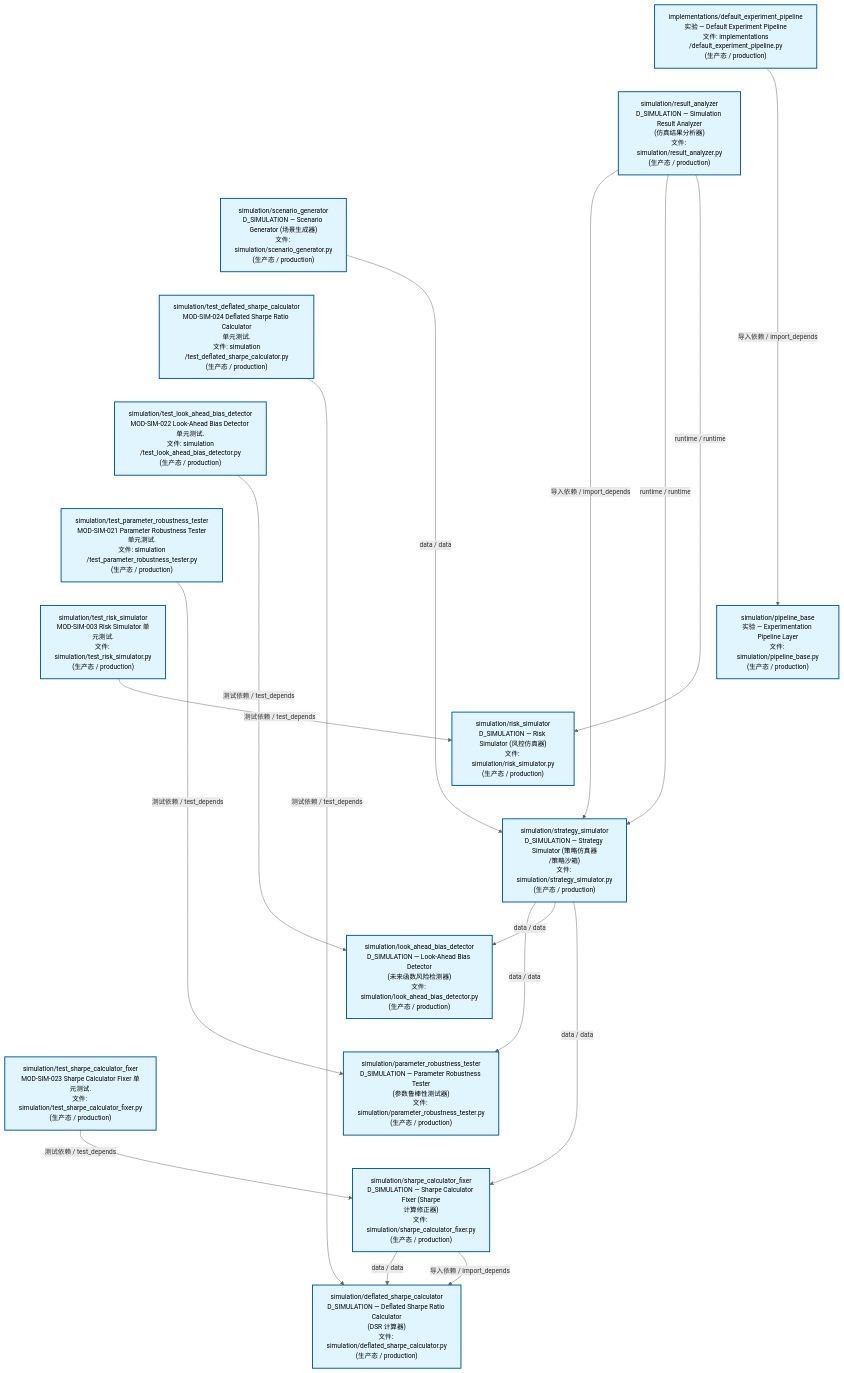
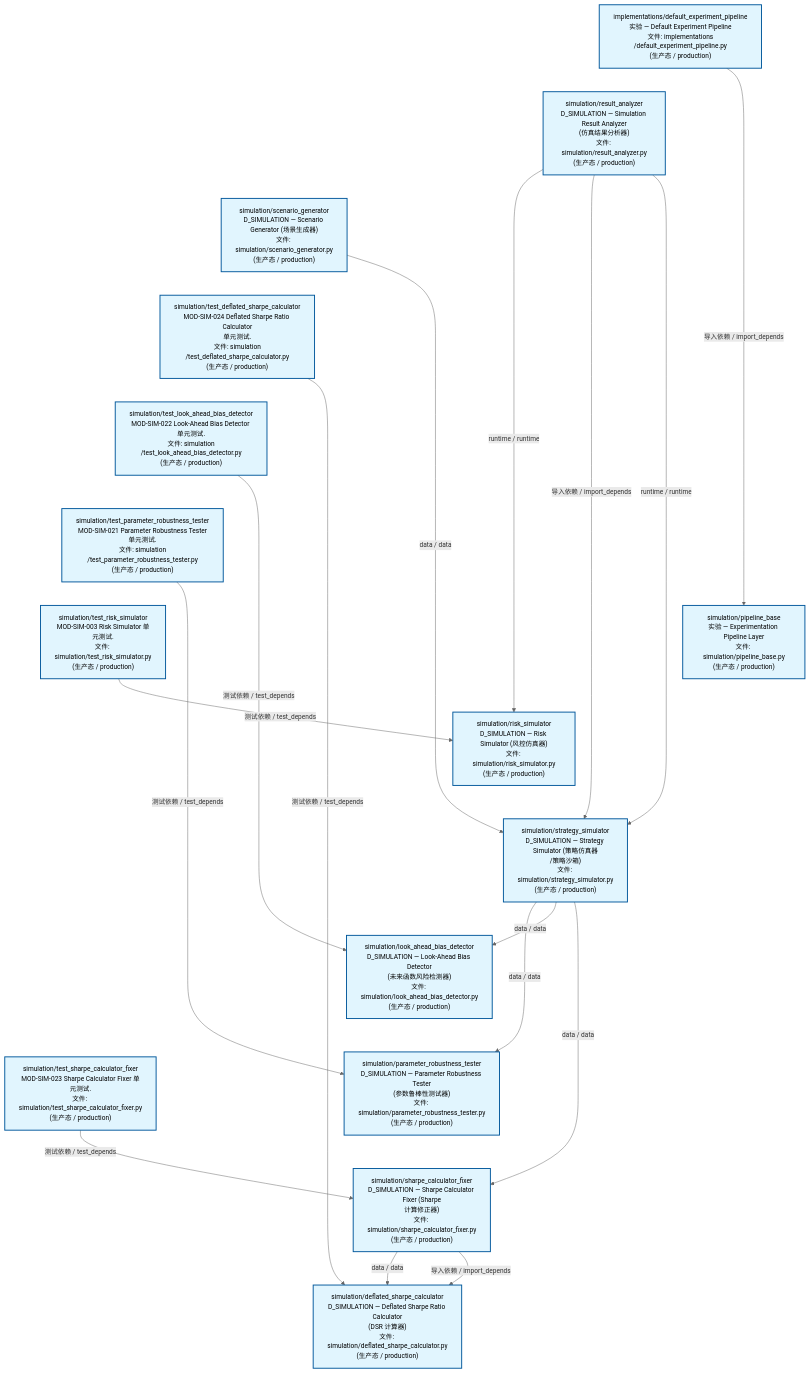
The second of 3 diagrams in docs/02_enterprise_architecture/02_domain_architecture_docs/70_d_simulation.md (xuanFelixVan/ZephyrAlpha), drawn with Mermaid before and after one commit. The commit also changed other lines of this file and 47 other files, not shown here.

````diff
--- a/docs/02_enterprise_architecture/02_domain_architecture_docs/70_d_simulation.md
+++ b/docs/02_enterprise_architecture/02_domain_architecture_docs/70_d_simulation.md
@@ -120,50 +120,50 @@
 ```mermaid
 %%{init: {'theme': 'base', 'themeVariables': {'primaryColor': '#eaeaea', 'primaryTextColor': '#333333', 'primaryBorderColor': '#666666', 'lineColor': '#666666', 'secondaryColor': '#eaeaea', 'tertiaryColor': '#eaeaea', 'fontSize': '14px'}}}%%
 flowchart TD
     src_zephyr_simulation_implementations_default_experiment_pipeline_py["implementations/default_experiment_pipeline<br/>实验 — Default Experiment Pipeline<br/>文件: implementations<br/>/default_experiment_pipeline.py<br/>(生产态 / production)"]
     src_zephyr_simulation_result_analyzer_py["simulation/result_analyzer<br/>D_SIMULATION — Simulation Result Analyzer<br/>(仿真结果分析器)<br/>文件: simulation/result_analyzer.py<br/>(生产态 / production)"]
     src_zephyr_simulation_scenario_generator_py["simulation/scenario_generator<br/>D_SIMULATION — Scenario Generator (场景生成器)<br/>文件: simulation/scenario_generator.py<br/>(生产态 / production)"]
     tests_simulation_test_deflated_sharpe_calculator_py["simulation/test_deflated_sharpe_calculator<br/>MOD-SIM-024 Deflated Sharpe Ratio Calculator<br/>单元测试.<br/>文件: simulation<br/>/test_deflated_sharpe_calculator.py<br/>(生产态 / production)"]
     tests_simulation_test_look_ahead_bias_detector_py["simulation/test_look_ahead_bias_detector<br/>MOD-SIM-022 Look-Ahead Bias Detector 单元测试.<br/>文件: simulation<br/>/test_look_ahead_bias_detector.py<br/>(生产态 / production)"]
     tests_simulation_test_parameter_robustness_tester_py["simulation/test_parameter_robustness_tester<br/>MOD-SIM-021 Parameter Robustness Tester<br/>单元测试.<br/>文件: simulation<br/>/test_parameter_robustness_tester.py<br/>(生产态 / production)"]
     tests_simulation_test_risk_simulator_py["simulation/test_risk_simulator<br/>MOD-SIM-003 Risk Simulator 单元测试.<br/>文件: simulation/test_risk_simulator.py<br/>(生产态 / production)"]
     tests_simulation_test_sharpe_calculator_fixer_py["simulation/test_sharpe_calculator_fixer<br/>MOD-SIM-023 Sharpe Calculator Fixer 单元测试.<br/>文件: simulation/test_sharpe_calculator_fixer.py<br/>(生产态 / production)"]
     src_zephyr_simulation_implementations_default_experiment_pipeline_py ~~~ src_zephyr_simulation_result_analyzer_py
     src_zephyr_simulation_result_analyzer_py ~~~ src_zephyr_simulation_scenario_generator_py
     src_zephyr_simulation_scenario_generator_py ~~~ tests_simulation_test_deflated_sharpe_calculator_py
     tests_simulation_test_deflated_sharpe_calculator_py ~~~ tests_simulation_test_look_ahead_bias_detector_py
     tests_simulation_test_look_ahead_bias_detector_py ~~~ tests_simulation_test_parameter_robustness_tester_py
     tests_simulation_test_parameter_robustness_tester_py ~~~ tests_simulation_test_risk_simulator_py
     tests_simulation_test_risk_simulator_py ~~~ tests_simulation_test_sharpe_calculator_fixer_py
     src_zephyr_simulation_pipeline_base_py["simulation/pipeline_base<br/>实验 — Experimentation Pipeline Layer<br/>文件: simulation/pipeline_base.py<br/>(生产态 / production)"]
     src_zephyr_simulation_risk_simulator_py["simulation/risk_simulator<br/>D_SIMULATION — Risk Simulator (风控仿真器)<br/>文件: simulation/risk_simulator.py<br/>(生产态 / production)"]
     src_zephyr_simulation_strategy_simulator_py["simulation/strategy_simulator<br/>D_SIMULATION — Strategy Simulator (策略仿真器<br/>/策略沙箱)<br/>文件: simulation/strategy_simulator.py<br/>(生产态 / production)"]
     src_zephyr_simulation_pipeline_base_py ~~~ src_zephyr_simulation_risk_simulator_py
     src_zephyr_simulation_risk_simulator_py ~~~ src_zephyr_simulation_strategy_simulator_py
     src_zephyr_simulation_look_ahead_bias_detector_py["simulation/look_ahead_bias_detector<br/>D_SIMULATION — Look-Ahead Bias Detector<br/>(未来函数风险检测器)<br/>文件: simulation/look_ahead_bias_detector.py<br/>(生产态 / production)"]
     src_zephyr_simulation_parameter_robustness_tester_py["simulation/parameter_robustness_tester<br/>D_SIMULATION — Parameter Robustness Tester<br/>(参数鲁棒性测试器)<br/>文件: simulation/parameter_robustness_tester.py<br/>(生产态 / production)"]
     src_zephyr_simulation_sharpe_calculator_fixer_py["simulation/sharpe_calculator_fixer<br/>D_SIMULATION — Sharpe Calculator Fixer (Sharpe<br/>计算修正器)<br/>文件: simulation/sharpe_calculator_fixer.py<br/>(生产态 / production)"]
     src_zephyr_simulation_look_ahead_bias_detector_py ~~~ src_zephyr_simulation_parameter_robustness_tester_py
     src_zephyr_simulation_parameter_robustness_tester_py ~~~ src_zephyr_simulation_sharpe_calculator_fixer_py
     src_zephyr_simulation_deflated_sharpe_calculator_py["simulation/deflated_sharpe_calculator<br/>D_SIMULATION — Deflated Sharpe Ratio Calculator<br/>(DSR 计算器)<br/>文件: simulation/deflated_sharpe_calculator.py<br/>(生产态 / production)"]
-    src_zephyr_simulation_result_analyzer_py -->|导入依赖 / import_depends| src_zephyr_simulation_strategy_simulator_py
-    src_zephyr_simulation_result_analyzer_py -->|runtime / runtime| src_zephyr_simulation_strategy_simulator_py
-    src_zephyr_simulation_result_analyzer_py -->|runtime / runtime| src_zephyr_simulation_risk_simulator_py
+    src_zephyr_simulation_scenario_generator_py -->|data / data| src_zephyr_simulation_strategy_simulator_py
+    src_zephyr_simulation_sharpe_calculator_fixer_py -->|data / data| src_zephyr_simulation_deflated_sharpe_calculator_py
+    src_zephyr_simulation_sharpe_calculator_fixer_py -->|导入依赖 / import_depends| src_zephyr_simulation_deflated_sharpe_calculator_py
     src_zephyr_simulation_strategy_simulator_py -->|data / data| src_zephyr_simulation_parameter_robustness_tester_py
     src_zephyr_simulation_strategy_simulator_py -->|data / data| src_zephyr_simulation_look_ahead_bias_detector_py
     src_zephyr_simulation_strategy_simulator_py -->|data / data| src_zephyr_simulation_sharpe_calculator_fixer_py
-    src_zephyr_simulation_scenario_generator_py -->|data / data| src_zephyr_simulation_strategy_simulator_py
-    src_zephyr_simulation_sharpe_calculator_fixer_py -->|data / data| src_zephyr_simulation_deflated_sharpe_calculator_py
-    src_zephyr_simulation_sharpe_calculator_fixer_py -->|导入依赖 / import_depends| src_zephyr_simulation_deflated_sharpe_calculator_py
+    src_zephyr_simulation_result_analyzer_py -->|runtime / runtime| src_zephyr_simulation_risk_simulator_py
+    src_zephyr_simulation_result_analyzer_py -->|导入依赖 / import_depends| src_zephyr_simulation_strategy_simulator_py
+    src_zephyr_simulation_result_analyzer_py -->|runtime / runtime| src_zephyr_simulation_strategy_simulator_py
     src_zephyr_simulation_implementations_default_experiment_pipeline_py -->|导入依赖 / import_depends| src_zephyr_simulation_pipeline_base_py
     tests_simulation_test_parameter_robustness_tester_py -->|测试依赖 / test_depends| src_zephyr_simulation_parameter_robustness_tester_py
+    tests_simulation_test_deflated_sharpe_calculator_py -->|测试依赖 / test_depends| src_zephyr_simulation_deflated_sharpe_calculator_py
+    tests_simulation_test_risk_simulator_py -->|测试依赖 / test_depends| src_zephyr_simulation_risk_simulator_py
     tests_simulation_test_look_ahead_bias_detector_py -->|测试依赖 / test_depends| src_zephyr_simulation_look_ahead_bias_detector_py
-    tests_simulation_test_risk_simulator_py -->|测试依赖 / test_depends| src_zephyr_simulation_risk_simulator_py
     tests_simulation_test_sharpe_calculator_fixer_py -->|测试依赖 / test_depends| src_zephyr_simulation_sharpe_calculator_fixer_py
-    tests_simulation_test_deflated_sharpe_calculator_py -->|测试依赖 / test_depends| src_zephyr_simulation_deflated_sharpe_calculator_py
     classDef production fill:#e1f5fe,stroke:#01579b,stroke-width:2px,color:#000
     classDef design fill:#fff3e0,stroke:#e65100,stroke-width:2px,color:#000,stroke-dasharray: 5 5
     classDef external_prod fill:#e8f4fd,stroke:#0277bd,stroke-width:1px,color:#000
     classDef external_design fill:#fff8e7,stroke:#ef6c00,stroke-width:1px,color:#000,stroke-dasharray: 5 5
     class src_zephyr_simulation_deflated_sharpe_calculator_py,src_zephyr_simulation_implementations_default_experiment_pipeline_py,src_zephyr_simulation_look_ahead_bias_detector_py,src_zephyr_simulation_parameter_robustness_tester_py,src_zephyr_simulation_pipeline_base_py,src_zephyr_simulation_result_analyzer_py,src_zephyr_simulation_risk_simulator_py,src_zephyr_simulation_scenario_generator_py,src_zephyr_simulation_sharpe_calculator_fixer_py,src_zephyr_simulation_strategy_simulator_py,tests_simulation_test_deflated_sharpe_calculator_py,tests_simulation_test_look_ahead_bias_detector_py,tests_simulation_test_parameter_robustness_tester_py,tests_simulation_test_risk_simulator_py,tests_simulation_test_sharpe_calculator_fixer_py production
 ```
````
